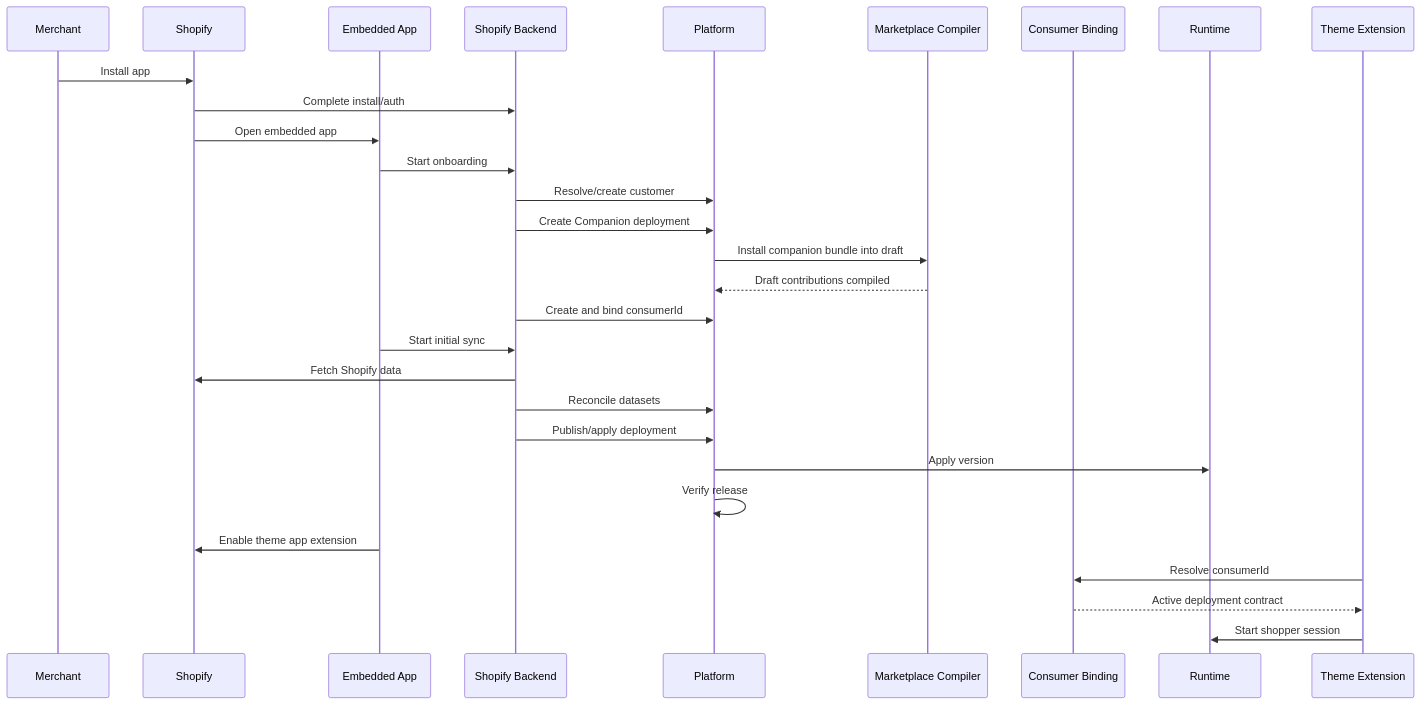
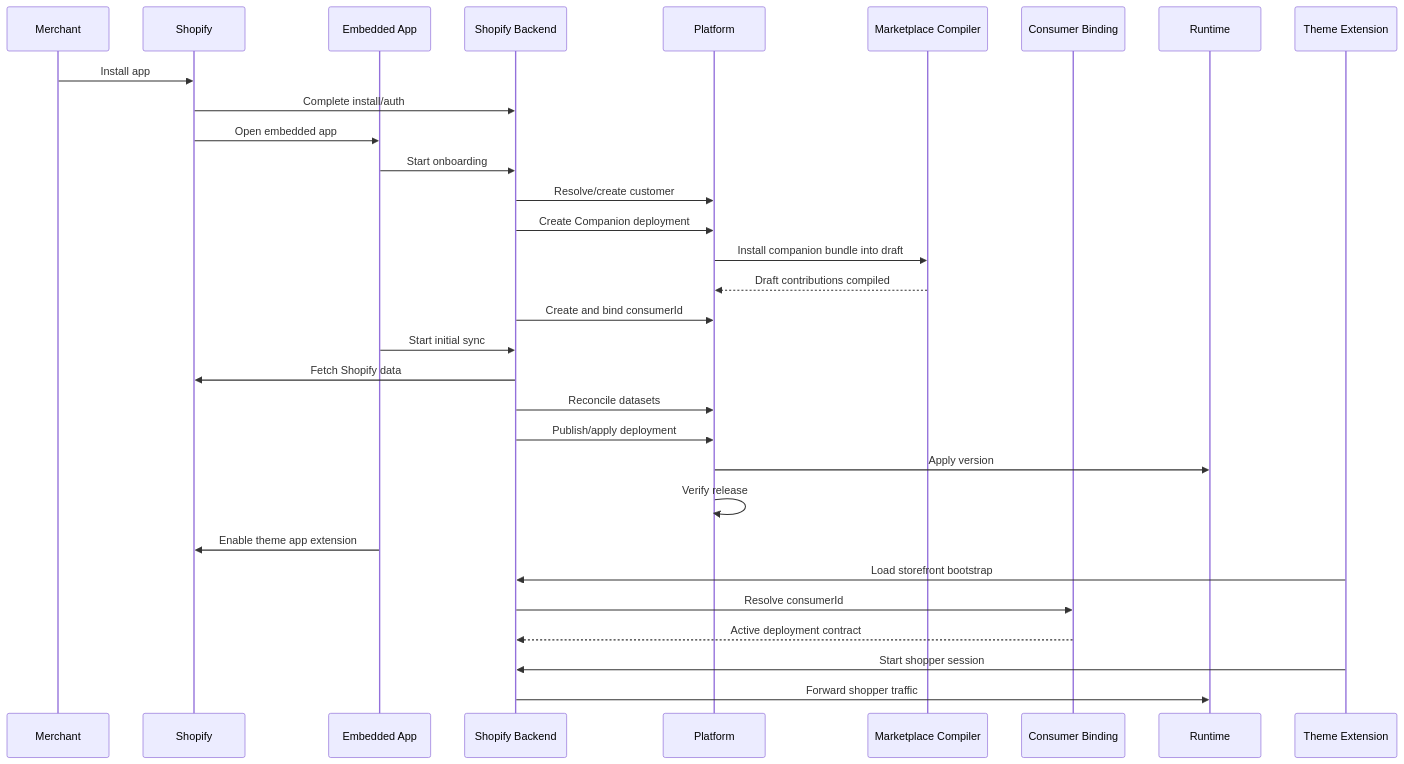
The ninth of 9 diagrams in doc/Productization/future-work/MarketPlace/Products/SHOPIFY_COMPANION_SUBSCRIPTION_AND_GO_LIVE_FLOW.md (mahmoudashraf/AI-Fabric-Framework), drawn with Mermaid before and after one commit. The commit also changed other lines of this file and 1 other file, not shown here.

````diff
--- a/doc/Productization/future-work/MarketPlace/Products/SHOPIFY_COMPANION_SUBSCRIPTION_AND_GO_LIVE_FLOW.md
+++ b/doc/Productization/future-work/MarketPlace/Products/SHOPIFY_COMPANION_SUBSCRIPTION_AND_GO_LIVE_FLOW.md
@@ -431,32 +477,34 @@
 ```mermaid
 sequenceDiagram
     participant M as Merchant
     participant SA as Shopify
     participant AF as Embedded App
     participant AB as Shopify Backend
     participant CP as Platform
     participant MC as Marketplace Compiler
     participant CR as Consumer Binding
     participant RT as Runtime
     participant TE as Theme Extension
 
     M->>SA: Install app
     SA->>AB: Complete install/auth
     SA->>AF: Open embedded app
     AF->>AB: Start onboarding
     AB->>CP: Resolve/create customer
     AB->>CP: Create Companion deployment
     CP->>MC: Install companion bundle into draft
     MC-->>CP: Draft contributions compiled
     AB->>CP: Create and bind consumerId
     AF->>AB: Start initial sync
     AB->>SA: Fetch Shopify data
     AB->>CP: Reconcile datasets
     AB->>CP: Publish/apply deployment
     CP->>RT: Apply version
     CP->>CP: Verify release
     AF->>SA: Enable theme app extension
-    TE->>CR: Resolve consumerId
-    CR-->>TE: Active deployment contract
-    TE->>RT: Start shopper session
+    TE->>AB: Load storefront bootstrap
+    AB->>CR: Resolve consumerId
+    CR-->>AB: Active deployment contract
+    TE->>AB: Start shopper session
+    AB->>RT: Forward shopper traffic
 ```
````
